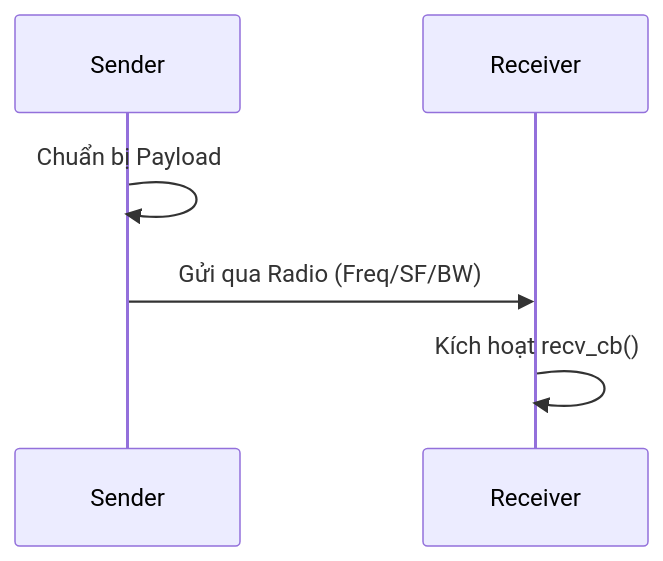
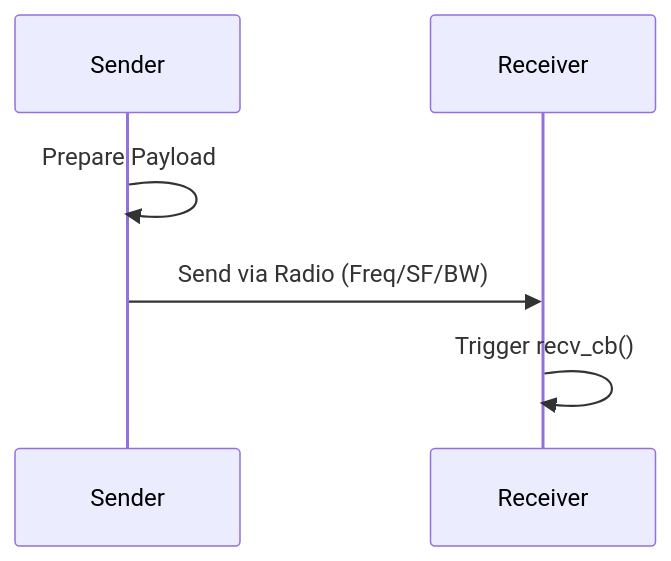
One commit to NamNamIoT/ArduLora changed the sixth of 7 diagrams in README.md. Above: the diagram before and after it, drawn with Mermaid. The commit also changed other lines of this file and 3 other files, not shown here.

````diff
--- a/README.md
+++ b/README.md
@@ -493,8 +497,8 @@
 ```mermaid
 sequenceDiagram
     participant S as Sender
     participant R as Receiver
-    S->>S: Chuẩn bị Payload
-    S->>R: Gửi qua Radio (Freq/SF/BW)
-    R->>R: Kích hoạt recv_cb()
+    S->>S: Prepare Payload
+    S->>R: Send via Radio (Freq/SF/BW)
+    R->>R: Trigger recv_cb()
 ```
````
